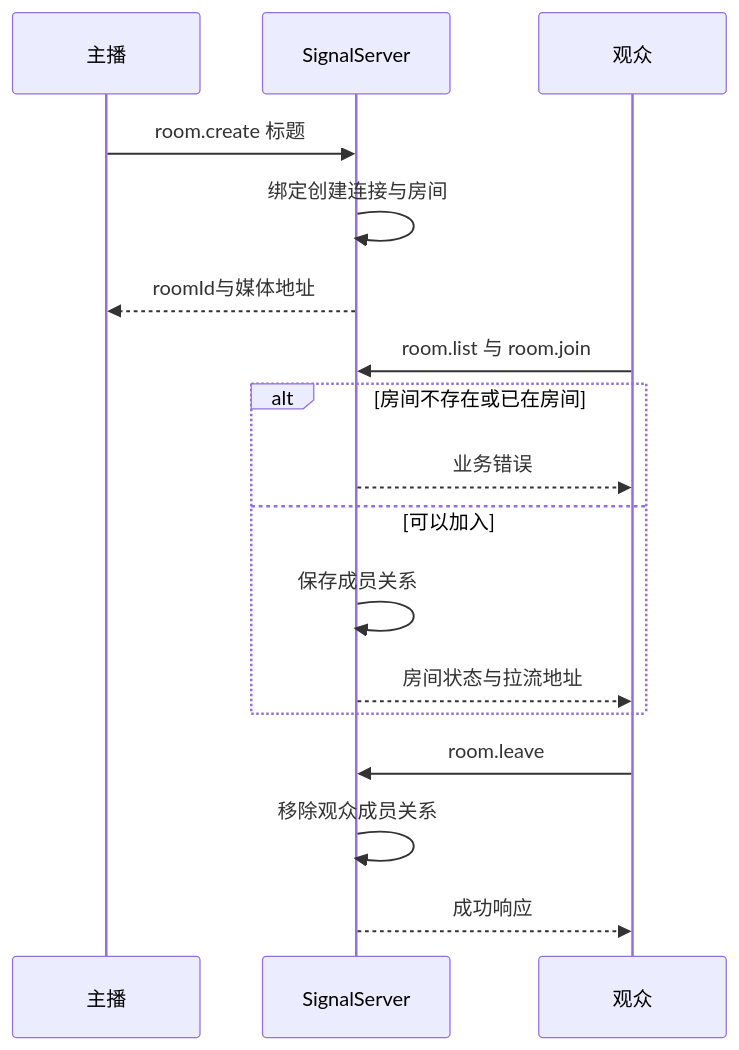
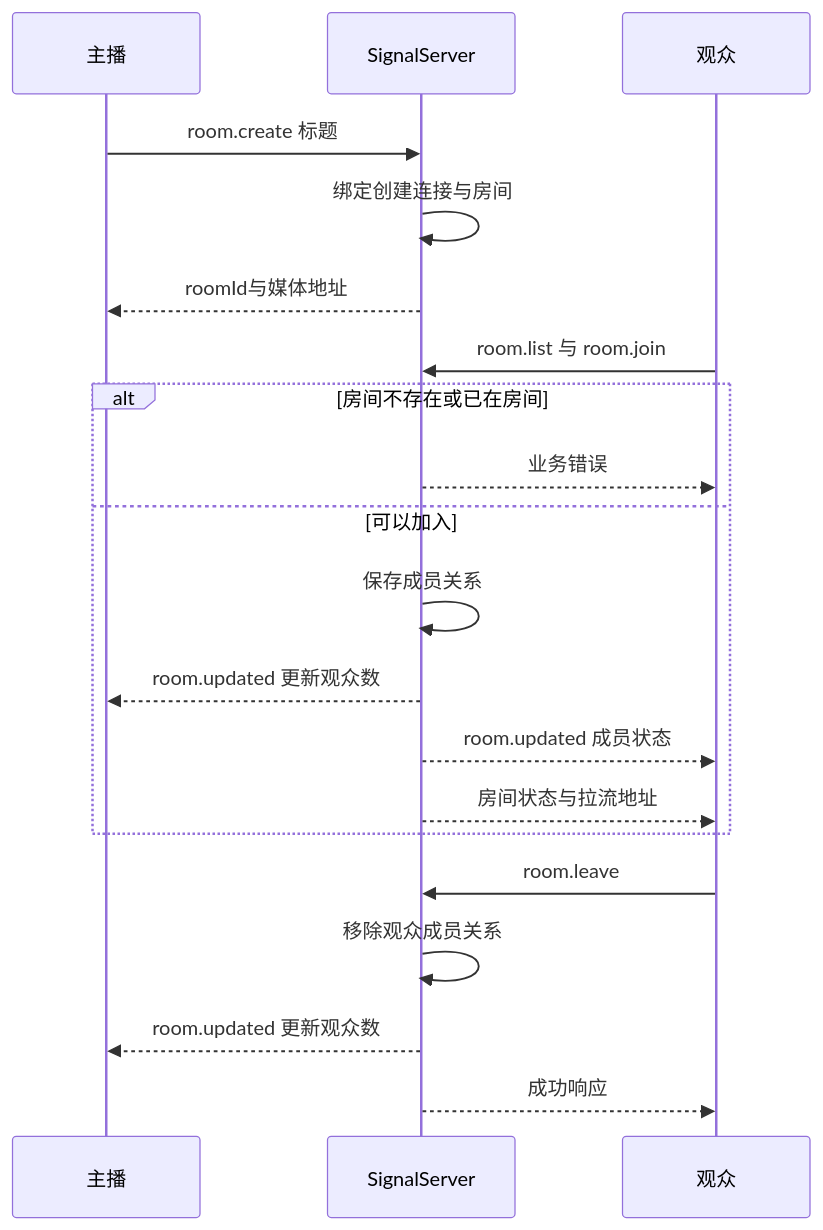
Before and after one commit to kingsman-svg/OBS: the diagram in docs/uml/signal-room.mmd, drawn with Mermaid. The commit also changed 81 other files, not shown here.

```diff
--- a/docs/uml/signal-room.mmd
+++ b/docs/uml/signal-room.mmd
@@ -1,17 +1,20 @@
 sequenceDiagram
 participant H as 主播
 participant S as SignalServer
 participant V as 观众
 H->>S: room.create 标题
 S->>S: 绑定创建连接与房间
 S-->>H: roomId与媒体地址
 V->>S: room.list 与 room.join
 alt 房间不存在或已在房间
 S-->>V: 业务错误
 else 可以加入
 S->>S: 保存成员关系
+S-->>H: room.updated 更新观众数
+S-->>V: room.updated 成员状态
 S-->>V: 房间状态与拉流地址
 end
 V->>S: room.leave
 S->>S: 移除观众成员关系
+S-->>H: room.updated 更新观众数
 S-->>V: 成功响应
```
